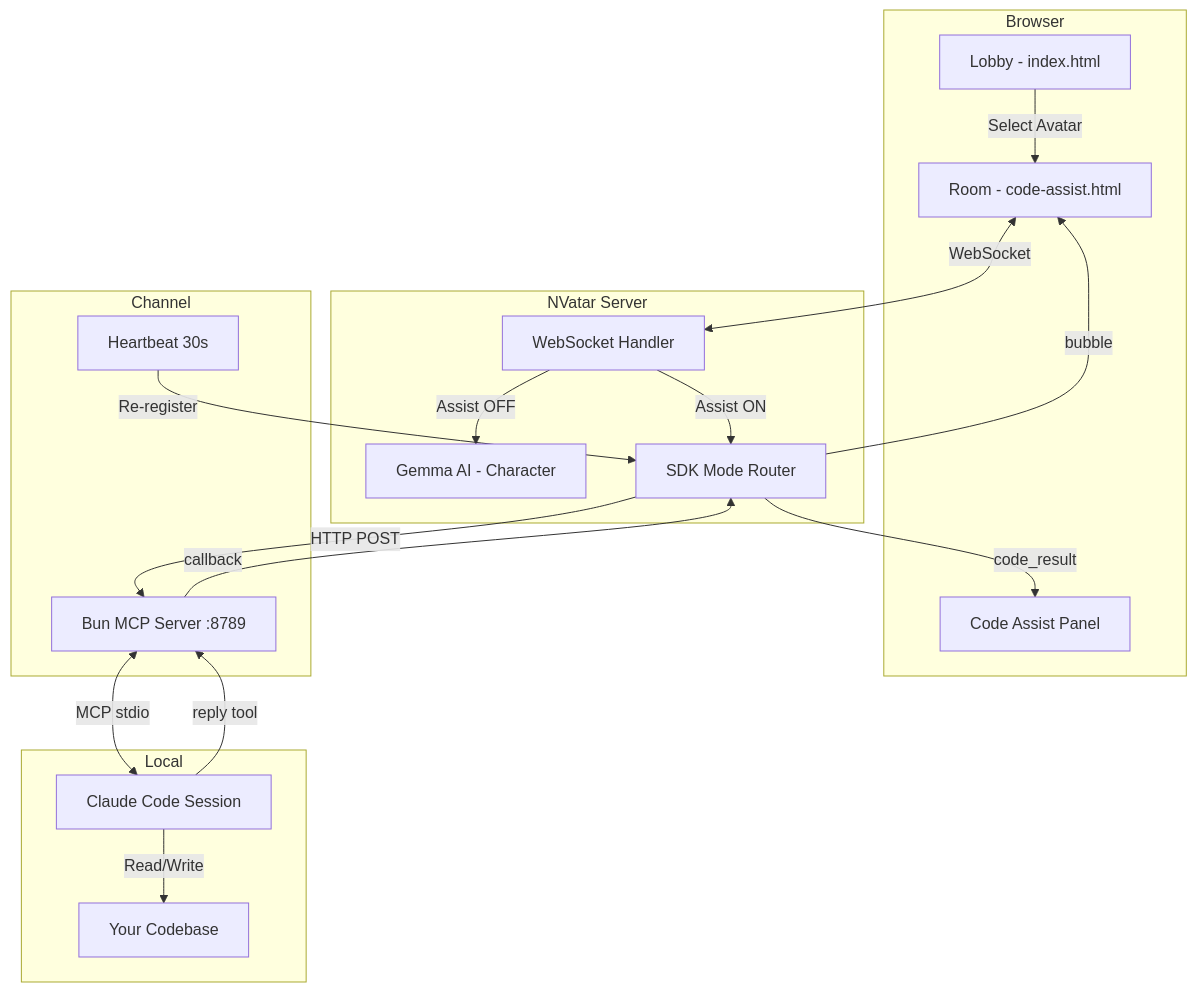
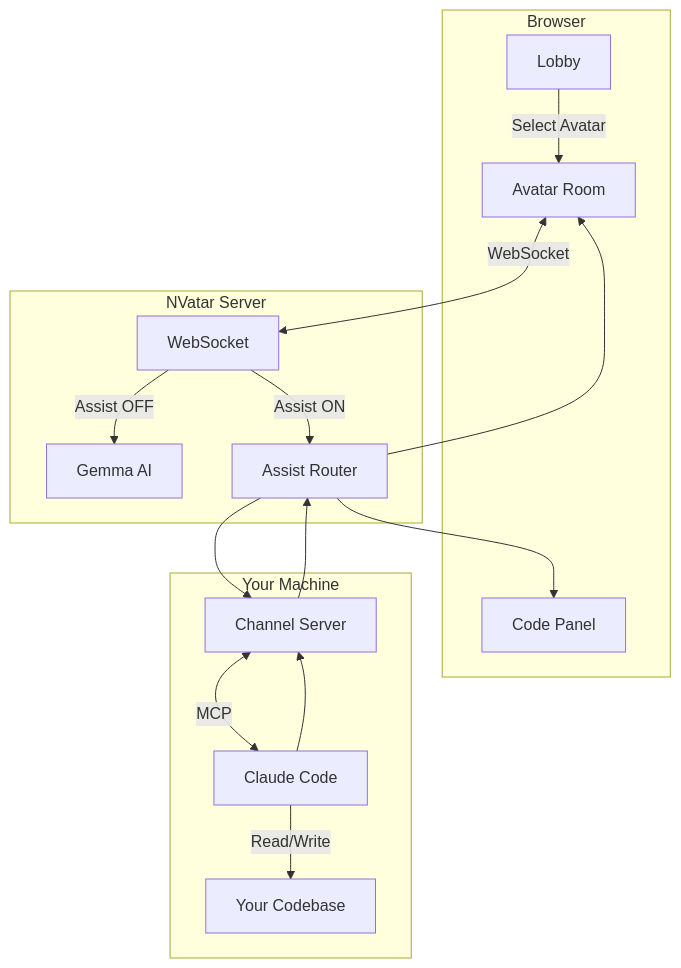
One commit to nskit-io/nvatar-code-assist changed the sixth of 7 diagrams in docs/README_KO.md. Above: the diagram before and after it, drawn with Mermaid. The commit also changed other lines of this file and 3 other files, not shown here.

````diff
--- a/docs/README_KO.md
+++ b/docs/README_KO.md
@@ -129,37 +183,32 @@
 ```mermaid
 graph TB
     subgraph Browser
-        L[Lobby - index.html]
-        R[Room - code-assist.html]
-        CP[Code Assist Panel]
+        L[Lobby]
+        R[Avatar Room]
+        CP[Code Panel]
     end
 
     subgraph NVatar Server
-        WS[WebSocket Handler]
-        GM[Gemma AI - Character]
-        SDK[SDK Mode Router]
+        WS[WebSocket]
+        GM[Gemma AI]
+        SDK[Assist Router]
     end
 
-    subgraph Channel
-        BUN[Bun MCP Server :8789]
-        HB[Heartbeat 30s]
-    end
-
-    subgraph Local
-        CC[Claude Code Session]
+    subgraph Your Machine
+        BUN[Channel Server]
+        CC[Claude Code]
         FS[Your Codebase]
     end
 
     L -->|Select Avatar| R
     R <-->|WebSocket| WS
     WS -->|Assist OFF| GM
     WS -->|Assist ON| SDK
-    SDK -->|HTTP POST| BUN
-    BUN <-->|MCP stdio| CC
+    SDK --> BUN
+    BUN <-->|MCP| CC
     CC -->|Read/Write| FS
-    CC -->|reply tool| BUN
-    BUN -->|callback| SDK
-    SDK -->|bubble| R
-    SDK -->|code_result| CP
-    HB -->|Re-register| SDK
+    CC --> BUN
+    BUN --> SDK
+    SDK --> R
+    SDK --> CP
 ```
````
